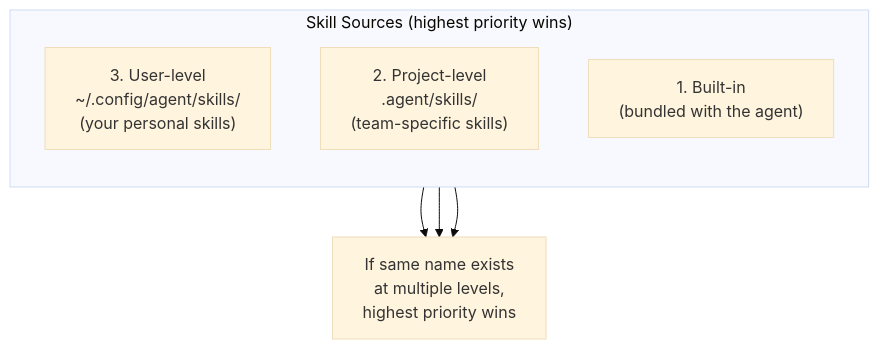
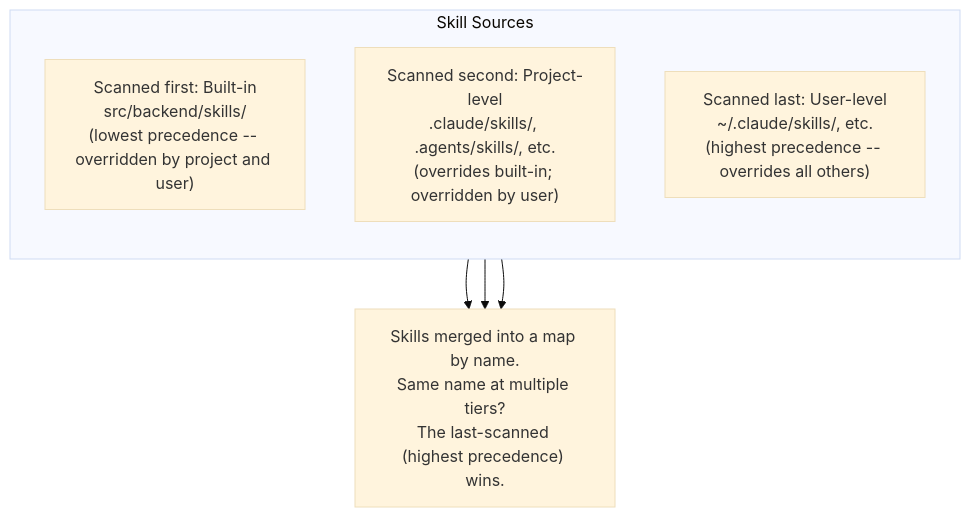
One commit to 2kages/agent-learning changed the fifth of 11 diagrams in progressive-discovery.md. Above: the diagram before and after it, drawn with Mermaid (base theme). The commit also changed other lines of this file and 2 other files, not shown here.

````diff
--- a/progressive-discovery.md
+++ b/progressive-discovery.md
@@ -125,16 +193,15 @@
 ```mermaid
 flowchart TD
-    subgraph SOURCES ["Skill Sources (highest priority wins)"]
+    subgraph SOURCES ["Skill Sources"]
         direction TB
-        USER["3. User-level<br/>~/.config/agent/skills/<br/>(your personal skills)"]
-        PROJECT["2. Project-level<br/>.agent/skills/<br/>(team-specific skills)"]
-        BUILTIN["1. Built-in<br/>(bundled with the agent)"]
+        BUILTIN["Scanned first: Built-in<br/>src/backend/skills/<br/>(lowest precedence -- overridden by project and user)"]
+        PROJECT["Scanned second: Project-level<br/>.claude/skills/, .agents/skills/, etc.<br/>(overrides built-in; overridden by user)"]
+        USER["Scanned last: User-level<br/>~/.claude/skills/, etc.<br/>(highest precedence -- overrides all others)"]
     end
 
-    MERGE["If same name exists<br/>at multiple levels,<br/>highest priority wins"]
+    MERGE["Skills merged into a map by name.<br/>Same name at multiple tiers?<br/>The last-scanned (highest precedence) wins."]
 
+    BUILTIN --> MERGE
+    PROJECT --> MERGE
     USER --> MERGE
-    PROJECT --> MERGE
-    BUILTIN --> MERGE
-
 ```
````
